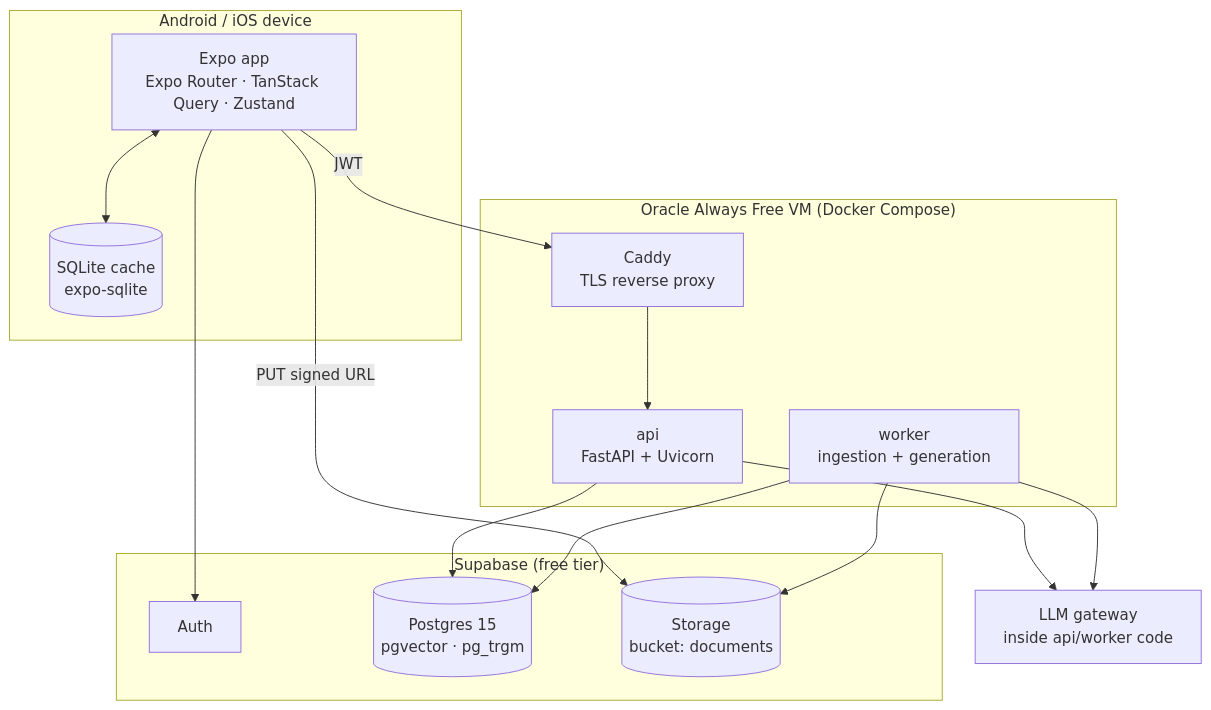
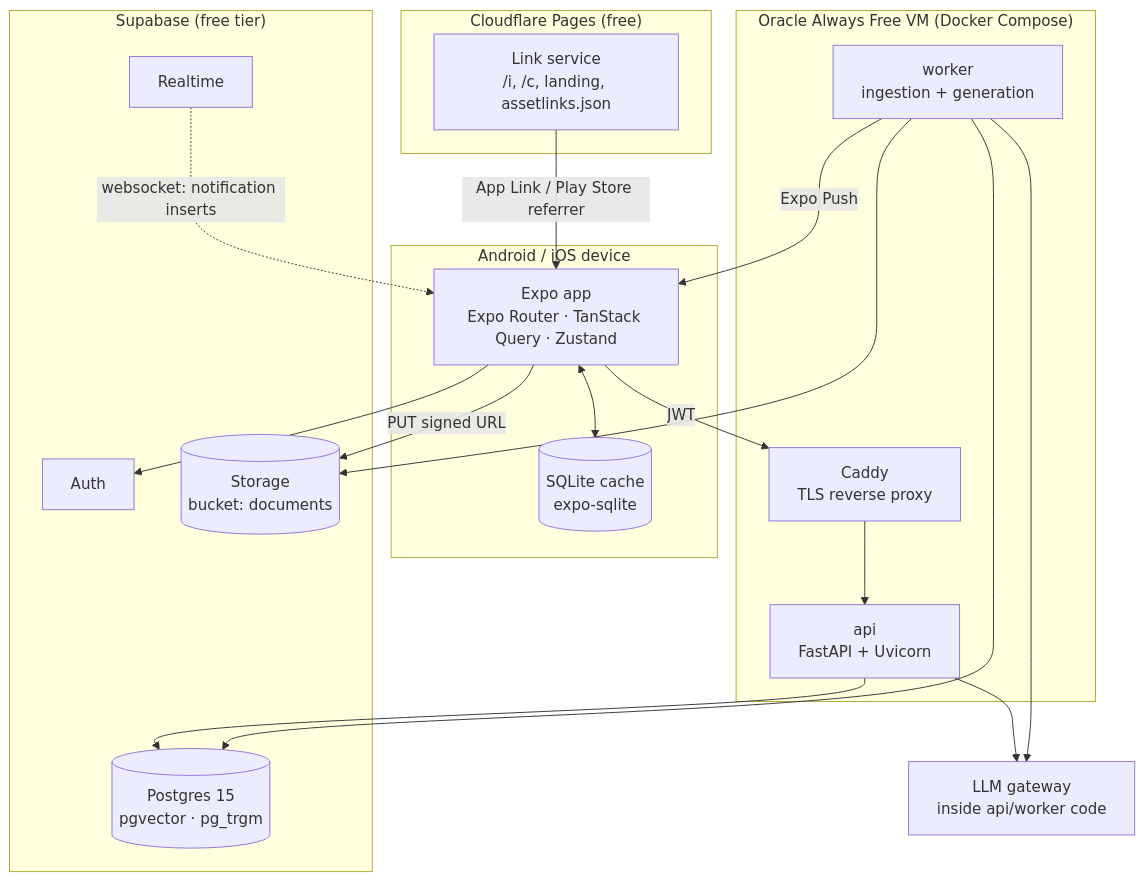
One commit to dunascode-prog/quizzly changed the second of 4 diagrams in docs/ARCHITECTURE.md. Above: the diagram before and after it, drawn with Mermaid. The commit also changed other lines of this file and 37 other files, not shown here.

````diff
--- a/docs/ARCHITECTURE.md
+++ b/docs/ARCHITECTURE.md
@@ -48,30 +51,38 @@
 ```mermaid
 flowchart TB
     subgraph Device["Android / iOS device"]
         App[Expo app<br/>Expo Router · TanStack Query · Zustand]
         Cache[(SQLite cache<br/>expo-sqlite)]
         App <--> Cache
     end
 
     subgraph VM["Oracle Always Free VM (Docker Compose)"]
         Caddy[Caddy<br/>TLS reverse proxy]
         API[api<br/>FastAPI + Uvicorn]
         W1[worker<br/>ingestion + generation]
         Caddy --> API
     end
 
     subgraph Supabase["Supabase (free tier)"]
         AuthS[Auth]
         PG[(Postgres 15<br/>pgvector · pg_trgm)]
         ST[(Storage<br/>bucket: documents)]
+        RT[Realtime]
+    end
+
+    subgraph Edge["Cloudflare Pages (free)"]
+        LS[Link service<br/>/i, /c, landing, assetlinks.json]
     end
 
     App -->|JWT| Caddy
     App --> AuthS
     App -->|PUT signed URL| ST
+    RT -.->|websocket: notification inserts| App
+    LS -->|App Link / Play Store referrer| App
+    W1 -->|Expo Push| App
     API --> PG
     W1 --> PG
     W1 --> ST
     API --> LLMs[LLM gateway<br/>inside api/worker code]
     W1 --> LLMs
 ```
````
